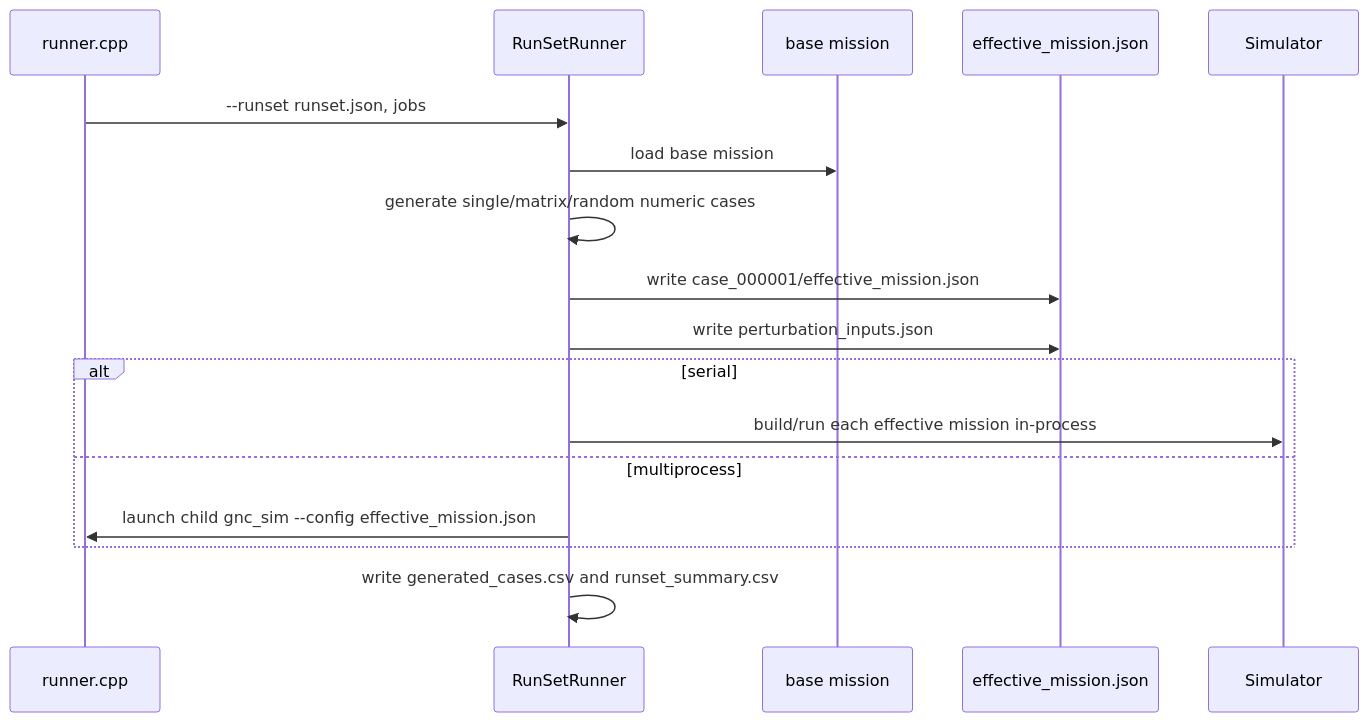
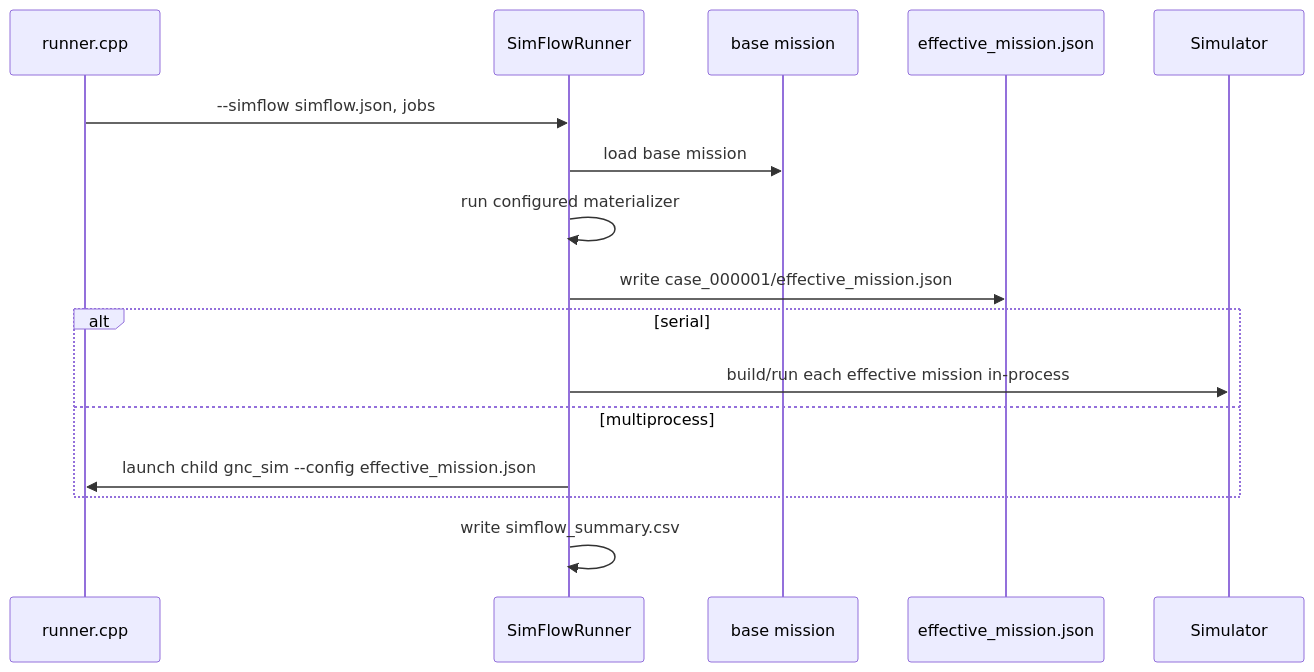
One commit to aofenghanyue/GNCZMKN changed the third of 6 diagrams in doc/00-current-architecture.md. Above: the diagram before and after it, drawn with Mermaid. The commit also changed other lines of this file and 30 other files, not shown here.

First line of the commit message:
feat(simflow): 引入仿真前置物化层以取代 RunSet

````diff
--- a/doc/00-current-architecture.md
+++ b/doc/00-current-architecture.md
@@ -93,20 +93,19 @@
 ```mermaid
 sequenceDiagram
     participant R as runner.cpp
-    participant RS as RunSetRunner
+    participant SF as SimFlowRunner
     participant M as base mission
     participant E as effective_mission.json
     participant S as Simulator
 
-    R->>RS: --runset runset.json, jobs
-    RS->>M: load base mission
-    RS->>RS: generate single/matrix/random numeric cases
-    RS->>E: write case_000001/effective_mission.json
-    RS->>E: write perturbation_inputs.json
+    R->>SF: --simflow simflow.json, jobs
+    SF->>M: load base mission
+    SF->>SF: run configured materializer
+    SF->>E: write case_000001/effective_mission.json
     alt serial
-        RS->>S: build/run each effective mission in-process
+        SF->>S: build/run each effective mission in-process
     else multiprocess
-        RS->>R: launch child gnc_sim --config effective_mission.json
+        SF->>R: launch child gnc_sim --config effective_mission.json
     end
-    RS->>RS: write generated_cases.csv and runset_summary.csv
+    SF->>SF: write simflow_summary.csv
 ```
````
